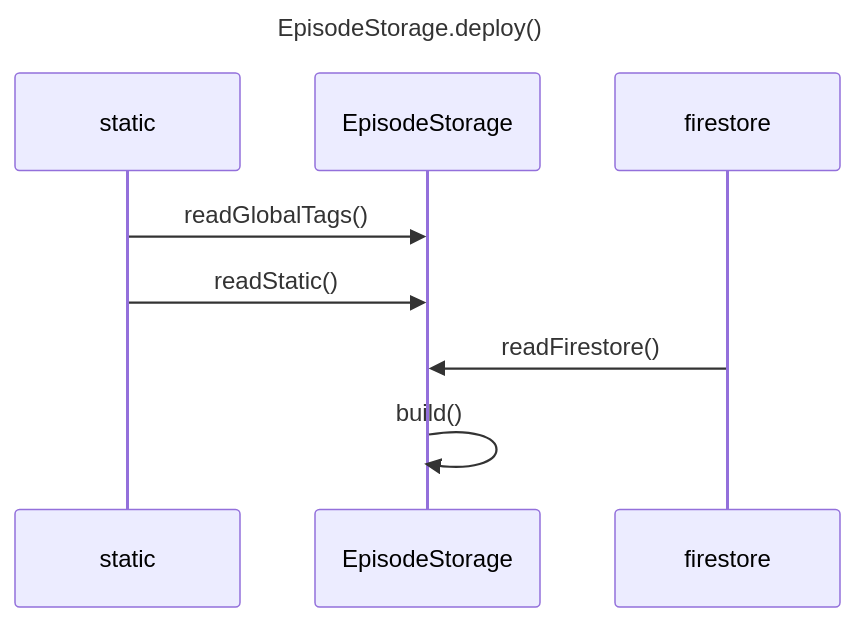
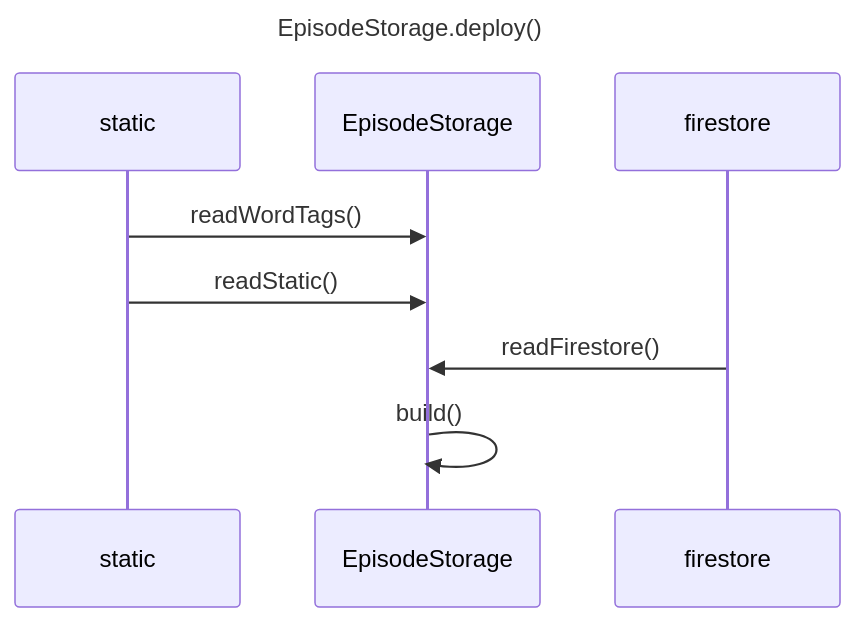
One commit to shinichi-kato/fairybiome-0.20 changed the first of 2 diagrams in src/EpisodeStorage/EpisodeStorage.md. Above: the diagram before and after it, drawn with Mermaid. The commit also changed other lines of this file and 16 other files, not shown here.

````diff
--- a/src/EpisodeStorage/EpisodeStorage.md
+++ b/src/EpisodeStorage/EpisodeStorage.md
@@ -36,11 +36,11 @@
 ```mermaid
 ---
 title: EpisodeStorage.deploy()
 ---
 sequenceDiagram
-    static ->> EpisodeStorage:readGlobalTags()
+    static ->> EpisodeStorage:readWordTags()
     static ->> EpisodeStorage:readStatic()
     firestore ->> EpisodeStorage: readFirestore()
     EpisodeStorage->>EpisodeStorage: build()
 
 ```
````
